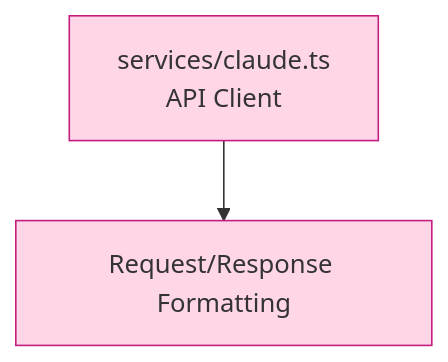
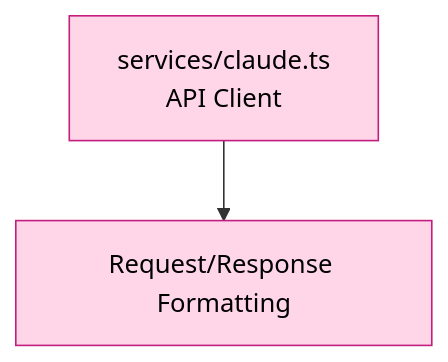
The sixth of 8 diagrams in src/system-architecture-diagram.md (Szermer/QED), drawn with Mermaid before and after one commit. The commit also changed other lines of this file and 4 other files, not shown here.

Commit message:
style: improving readability in darkmode of some mermaid diagrams

````diff
--- a/src/system-architecture-diagram.md
+++ b/src/system-architecture-diagram.md
@@ -184,10 +184,10 @@
 ```mermaid
 flowchart TB
     API_Claude["services/claude.ts\nAPI Client"]
     API_Format["Request/Response Formatting"]
     
     API_Claude --> API_Format
     
-    classDef API fill:#ffd6e7,stroke:#c41d7f
+    classDef API fill:#ffd6e7,stroke:#c41d7f,color:#000000
     class API_Claude,API_Format API
 ```
````
